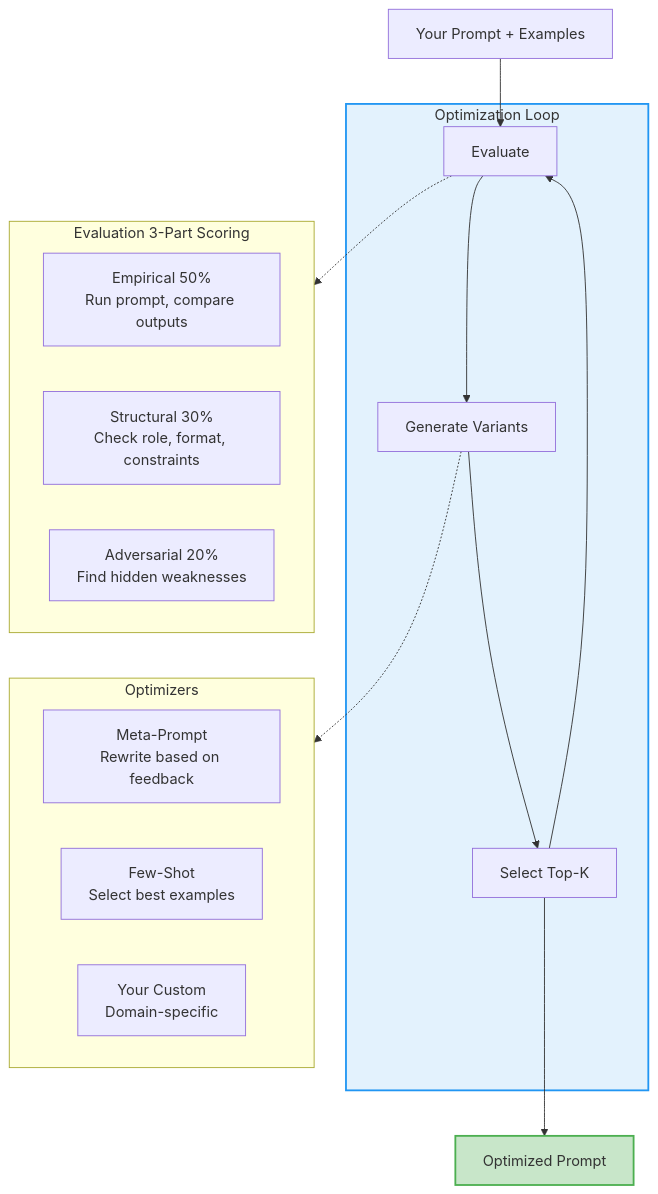
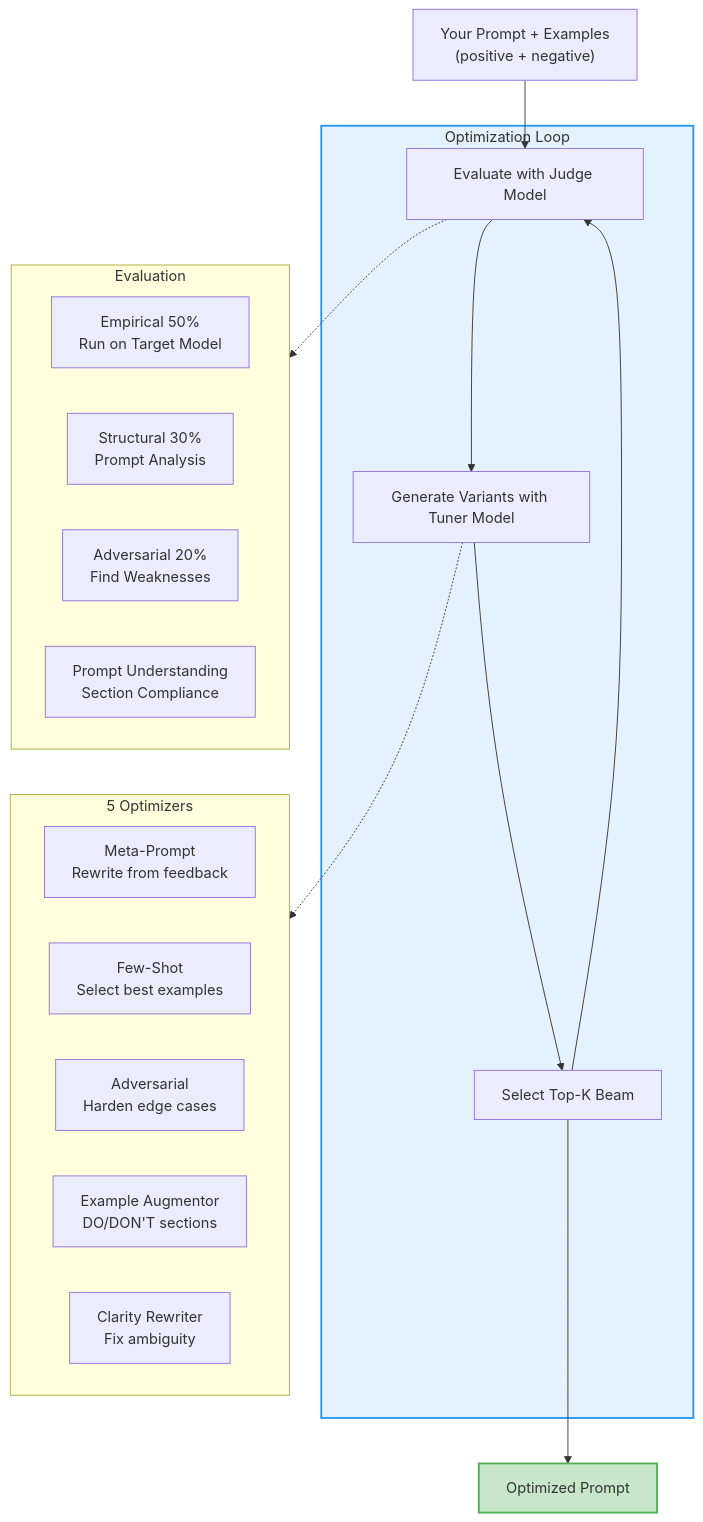
Before and after one commit to afzalmukhtar/promptune: the second of 2 diagrams in README.md, drawn with Mermaid. The commit also changed other lines of this file and 43 other files, not shown here.

````diff
--- a/README.md
+++ b/README.md
@@ -42,30 +44,33 @@
 ```mermaid
 flowchart TB
-    INPUT[Your Prompt + Examples] --> EVAL
+    INPUT["Your Prompt + Examples<br/>(positive + negative)"] --> EVAL
 
     subgraph LOOP["Optimization Loop"]
-        EVAL[Evaluate]
-        GEN[Generate Variants]
-        SELECT[Select Top-K]
+        EVAL[Evaluate with Judge Model]
+        GEN[Generate Variants with Tuner Model]
+        SELECT[Select Top-K Beam]
         EVAL --> GEN --> SELECT --> EVAL
     end
 
-    subgraph EVAL_DETAIL["Evaluation 3-Part Scoring"]
-        E1["Empirical 50%<br/>Run prompt, compare outputs"]
-        E2["Structural 30%<br/>Check role, format, constraints"]
-        E3["Adversarial 20%<br/>Find hidden weaknesses"]
+    subgraph EVAL_DETAIL["Evaluation"]
+        E1["Empirical 50%<br/>Run on Target Model"]
+        E2["Structural 30%<br/>Prompt Analysis"]
+        E3["Adversarial 20%<br/>Find Weaknesses"]
+        E4["Prompt Understanding<br/>Section Compliance"]
     end
 
-    subgraph OPT["Optimizers"]
-        O1[Meta-Prompt<br/>Rewrite based on feedback]
+    subgraph OPT["5 Optimizers"]
+        O1[Meta-Prompt<br/>Rewrite from feedback]
         O2[Few-Shot<br/>Select best examples]
-        O3[Your Custom<br/>Domain-specific]
+        O3[Adversarial<br/>Harden edge cases]
+        O4[Example Augmentor<br/>DO/DON'T sections]
+        O5[Clarity Rewriter<br/>Fix ambiguity]
     end
 
     EVAL -.-> EVAL_DETAIL
     GEN -.-> OPT
     SELECT --> OUTPUT[Optimized Prompt]
 
     style LOOP fill:#E3F2FD,stroke:#2196F3,stroke-width:2px
     style OUTPUT fill:#C8E6C9,stroke:#4CAF50,stroke-width:2px
 ```
````
